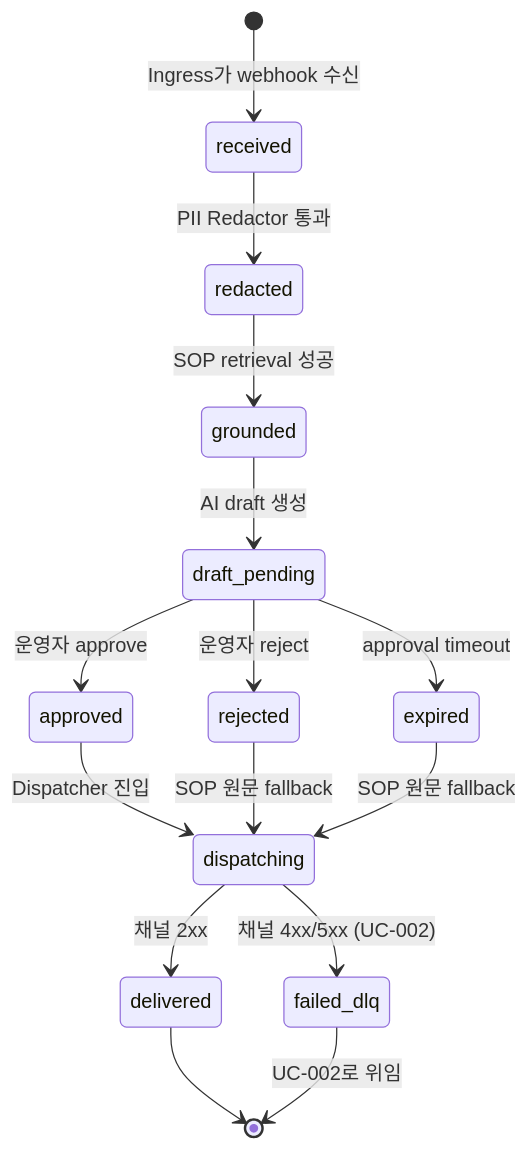
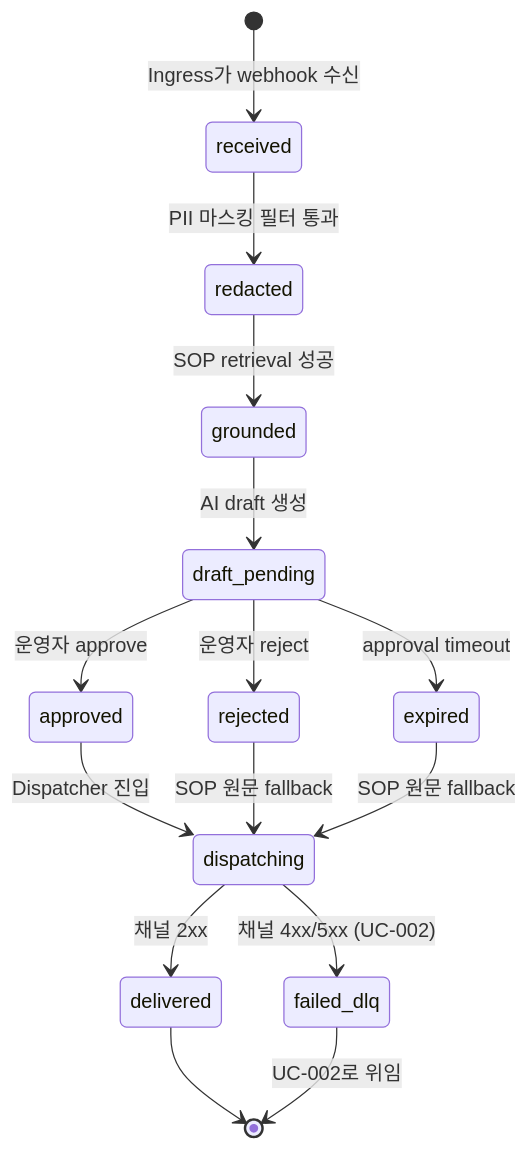
The second of 2 diagrams in docs/spec/02-usecase/cases/UC-001-incident-to-channel.md (figure-team/ds-apm), drawn with Mermaid before and after one commit. The commit also changed other lines of this file and 41 other files, not shown here.

````diff
--- a/docs/spec/02-usecase/cases/UC-001-incident-to-channel.md
+++ b/docs/spec/02-usecase/cases/UC-001-incident-to-channel.md
@@ -156,17 +156,17 @@
 ```mermaid
 stateDiagram-v2
     [*] --> received: Ingress가 webhook 수신
-    received --> redacted: PII Redactor 통과
+    received --> redacted: PII 마스킹 필터 통과
     redacted --> grounded: SOP retrieval 성공
     grounded --> draft_pending: AI draft 생성
     draft_pending --> approved: 운영자 approve
     draft_pending --> rejected: 운영자 reject
     draft_pending --> expired: approval timeout
     approved --> dispatching: Dispatcher 진입
     rejected --> dispatching: SOP 원문 fallback
     expired --> dispatching: SOP 원문 fallback
     dispatching --> delivered: 채널 2xx
     dispatching --> failed_dlq: 채널 4xx/5xx (UC-002)
     delivered --> [*]
     failed_dlq --> [*]: UC-002로 위임
 ```
````
